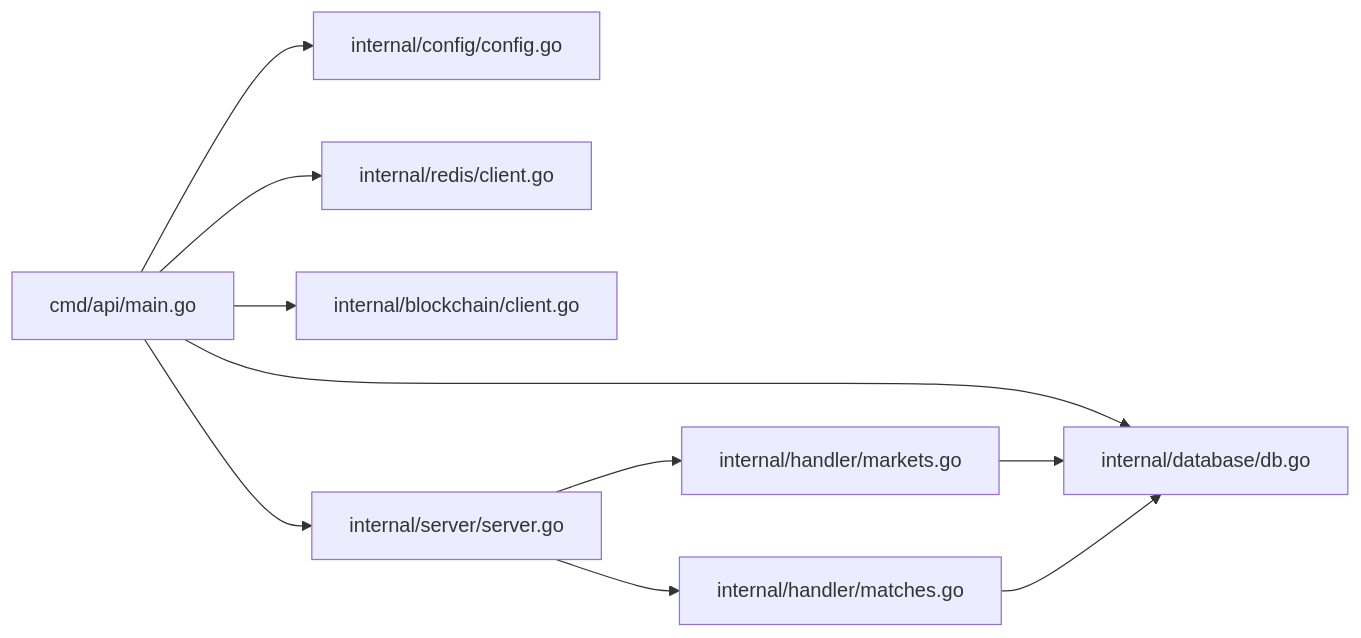
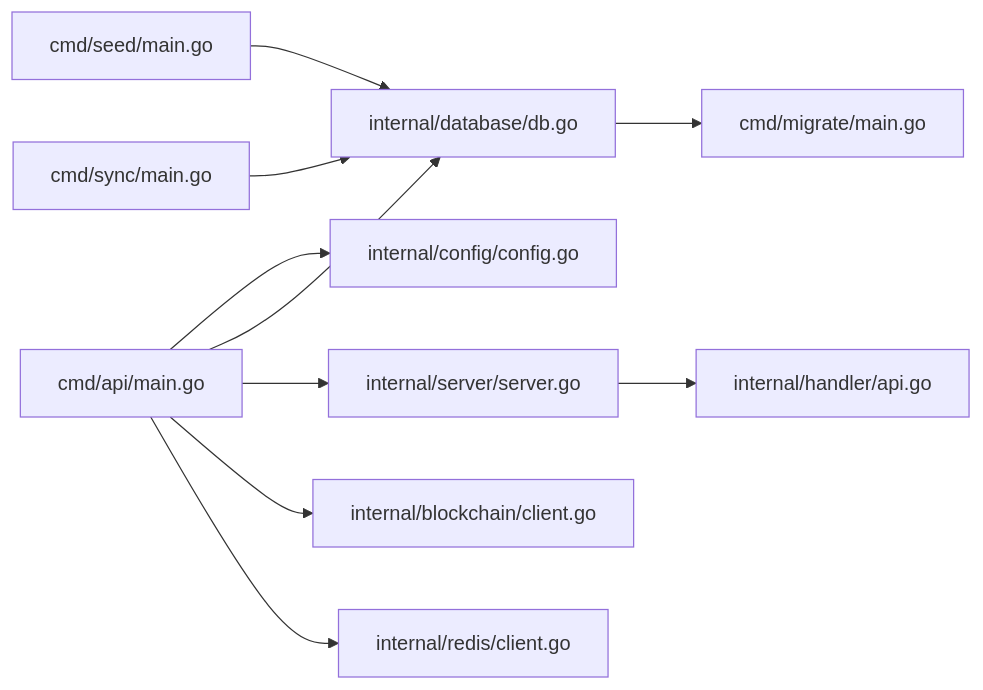
Before and after one commit to SimonHofman/PredictionDIDSimple: the third of 3 diagrams in backend/.qoder/repowiki/zh/content/快速开始.md, drawn with Mermaid. The commit also changed other lines of this file and 162 other files, not shown here.

````diff
--- a/backend/.qoder/repowiki/zh/content/快速开始.md
+++ b/backend/.qoder/repowiki/zh/content/快速开始.md
@@ -227,12 +246,12 @@
 ```mermaid
 graph LR
-A["cmd/api/main.go"] --> C["internal/config/config.go"]
-A --> D["internal/database/db.go"]
-A --> E["internal/redis/client.go"]
-A --> F["internal/blockchain/client.go"]
-A --> G["internal/server/server.go"]
-G --> H["internal/handler/markets.go"]
-G --> I["internal/handler/matches.go"]
-H --> D
-I --> D
+API["cmd/api/main.go"] --> CFG["internal/config/config.go"]
+API --> DB["internal/database/db.go"]
+API --> SRV["internal/server/server.go"]
+API --> BC["internal/blockchain/client.go"]
+API --> RDS["internal/redis/client.go"]
+SRV --> HANDLER["internal/handler/api.go"]
+DB --> MIG["cmd/migrate/main.go"]
+SEED["cmd/seed/main.go"] --> DB
+SYNC["cmd/sync/main.go"] --> DB
 ```
````
